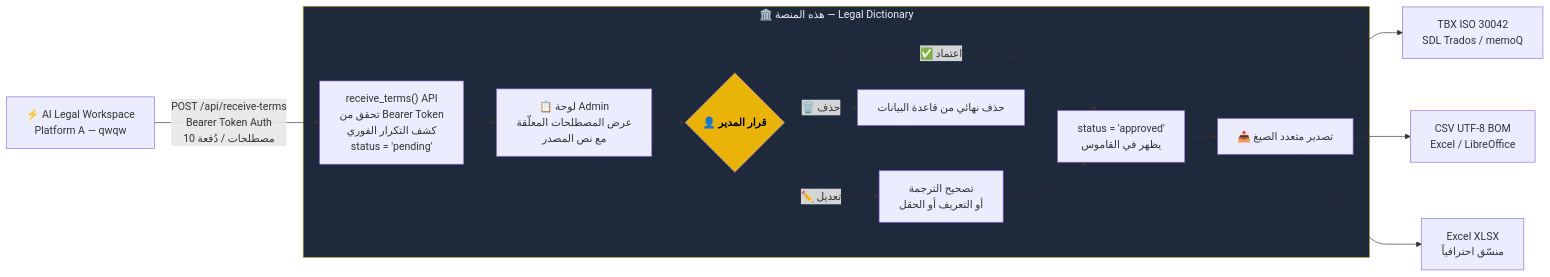
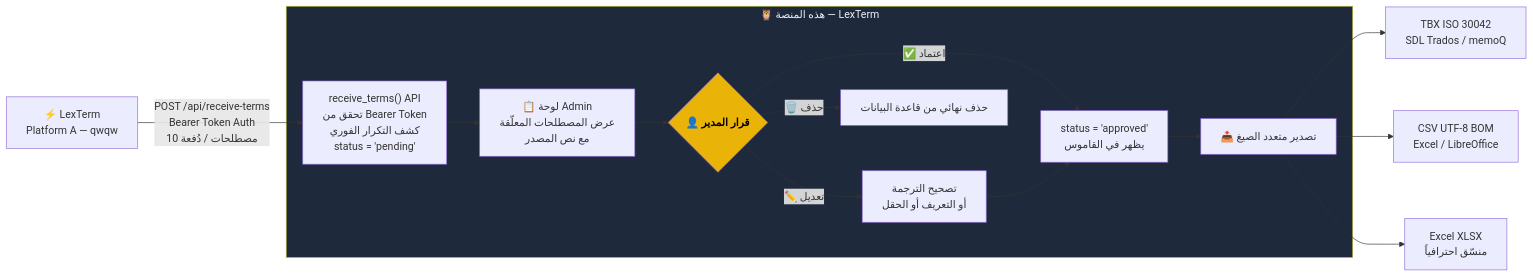
One commit to yousefdg005/- changed the first of 2 diagrams in README.md. Above: the diagram before and after it, drawn with Mermaid. The commit also changed other lines of this file, not shown here.

Commit message:
Rename platform to LexTerm in README (keep uploaded doc structure)

````diff
--- a/README.md
+++ b/README.md
@@ -54,22 +56,22 @@
 ```mermaid
 flowchart LR
-    A["⚡ AI Legal Workspace\nPlatform A — qwqw"] -->|"POST /api/receive-terms\nBearer Token Auth\n10 مصطلحات / دُفعة"| B
+    A["⚡ LexTerm\nPlatform A — qwqw"] -->|"POST /api/receive-terms\nBearer Token Auth\n10 مصطلحات / دُفعة"| B
 
-    subgraph P2["🏛️ هذه المنصة — Legal Dictionary"]
+    subgraph P2["🦉 هذه المنصة — LexTerm"]
         B["receive_terms() API\nتحقق من Bearer Token\nكشف التكرار الفوري\nstatus = 'pending'"]
         B --> C["📋 لوحة Admin\nعرض المصطلحات المعلّقة\nمع نص المصدر"]
         C --> D{"👤 قرار المدير"}
         D -- "✅ اعتماد" --> E["status = 'approved'\nيظهر في القاموس"]
         D -- "✏️ تعديل" --> F["تصحيح الترجمة\nأو التعريف أو الحقل"]
         D -- "🗑️ حذف" --> G["حذف نهائي من قاعدة البيانات"]
         F --> E
         E --> H["📤 تصدير متعدد الصيغ"]
     end
 
     H --> I["TBX ISO 30042\nSDL Trados / memoQ"]
     H --> J["CSV UTF-8 BOM\nExcel / LibreOffice"]
     H --> K["Excel XLSX\nمنسّق احترافياً"]
 
     style D fill:#EAB308,color:#000,font-weight:bold
     style P2 fill:#1E293B,color:#EEF2F8
 ```
````
